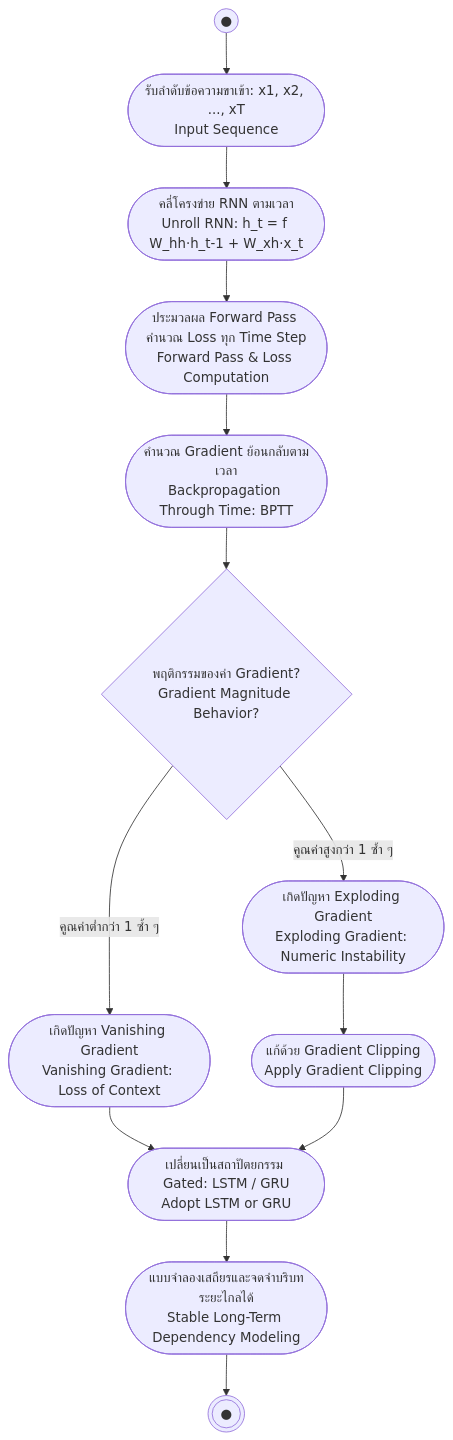
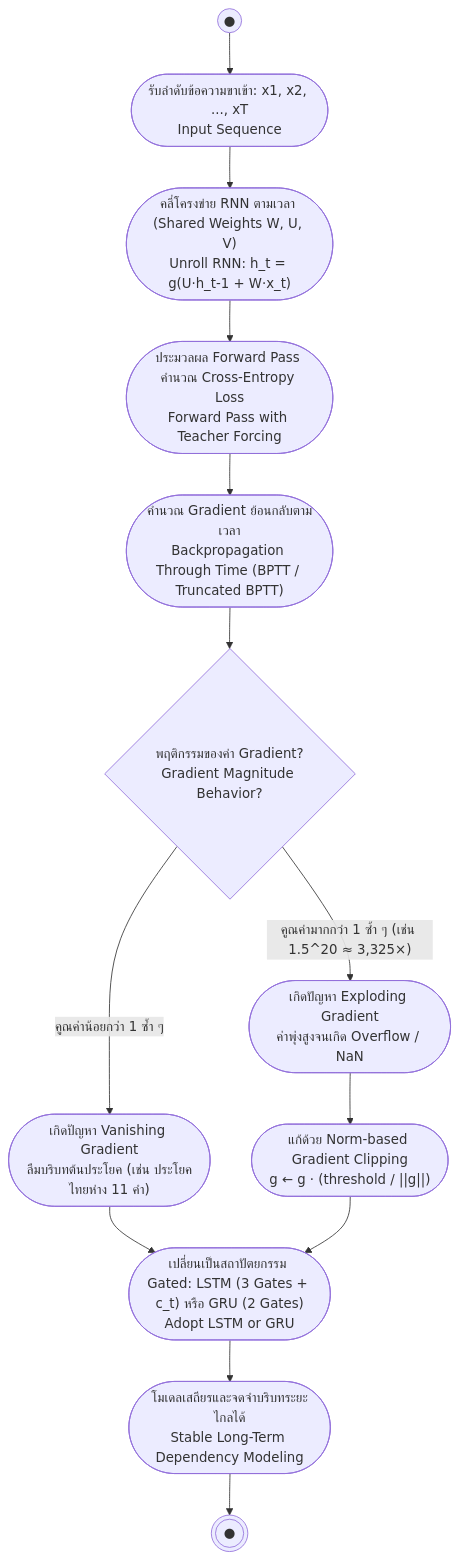
The diagram in 01_Lectures/Week5/RNN.md (PhuriphatTyPeZ3r0/Course-1323404-Natural-Language-Processing-2026), drawn with Mermaid before and after one commit. The commit also changed other lines of this file and 17 other files, not shown here.

````diff
--- a/01_Lectures/Week5/RNN.md
+++ b/01_Lectures/Week5/RNN.md
@@ -98,15 +284,15 @@
 ```mermaid
 flowchart TD
-    Start((●)) --> InSeq([รับลำดับข้อความขาเข้า: x1, x2, ..., xT<br>Input Sequence])
-    InSeq --> Unroll([คลี่โครงข่าย RNN ตามเวลา<br>Unroll RNN: h_t = f W_hh·h_t-1 + W_xh·x_t])
-    Unroll --> Forward([ประมวลผล Forward Pass คำนวณ Loss ทุก Time Step<br>Forward Pass & Loss Computation])
-    Forward --> Backward([คำนวณ Gradient ย้อนกลับตามเวลา<br>Backpropagation Through Time: BPTT])
-    Backward --> Check{พฤติกรรมของค่า Gradient?<br>Gradient Magnitude Behavior?}
-    Check -->|คูณค่าต่ำกว่า 1 ซ้ำ ๆ| Vanish([เกิดปัญหา Vanishing Gradient<br>Vanishing Gradient: Loss of Context])
-    Check -->|คูณค่าสูงกว่า 1 ซ้ำ ๆ| Explode([เกิดปัญหา Exploding Gradient<br>Exploding Gradient: Numeric Instability])
-    Vanish --> Fix([เปลี่ยนเป็นสถาปัตยกรรม Gated: LSTM / GRU<br>Adopt LSTM or GRU])
-    Explode --> Clip([แก้ด้วย Gradient Clipping<br>Apply Gradient Clipping])
+    Start((●)) --> InSeq(["รับลำดับข้อความขาเข้า: x1, x2, ..., xT<br>Input Sequence"])
+    InSeq --> Unroll(["คลี่โครงข่าย RNN ตามเวลา (Shared Weights W, U, V)<br>Unroll RNN: h_t = g(U·h_t-1 + W·x_t)"])
+    Unroll --> Forward(["ประมวลผล Forward Pass คำนวณ Cross-Entropy Loss<br>Forward Pass with Teacher Forcing"])
+    Forward --> Backward(["คำนวณ Gradient ย้อนกลับตามเวลา<br>Backpropagation Through Time (BPTT / Truncated BPTT)"])
+    Backward --> Check{"พฤติกรรมของค่า Gradient?<br>Gradient Magnitude Behavior?"}
+    Check -->|"คูณค่าน้อยกว่า 1 ซ้ำ ๆ"| Vanish(["เกิดปัญหา Vanishing Gradient<br>ลืมบริบทต้นประโยค (เช่น ประโยคไทยห่าง 11 คำ)"])
+    Check -->|"คูณค่ามากกว่า 1 ซ้ำ ๆ (เช่น 1.5^20 ≈ 3,325×)"| Explode(["เกิดปัญหา Exploding Gradient<br>ค่าพุ่งสูงจนเกิด Overflow / NaN"])
+    Vanish --> Fix(["เปลี่ยนเป็นสถาปัตยกรรม Gated: LSTM (3 Gates + c_t) หรือ GRU (2 Gates)<br>Adopt LSTM or GRU"])
+    Explode --> Clip(["แก้ด้วย Norm-based Gradient Clipping<br>g ← g · (threshold / ||g||)"])
     Clip --> Fix
-    Fix --> Done([แบบจำลองเสถียรและจดจำบริบทระยะไกลได้<br>Stable Long-Term Dependency Modeling])
+    Fix --> Done(["โมเดลเสถียรและจดจำบริบทระยะไกลได้<br>Stable Long-Term Dependency Modeling"])
     Done --> EndNode(((●)))
 ```
````
